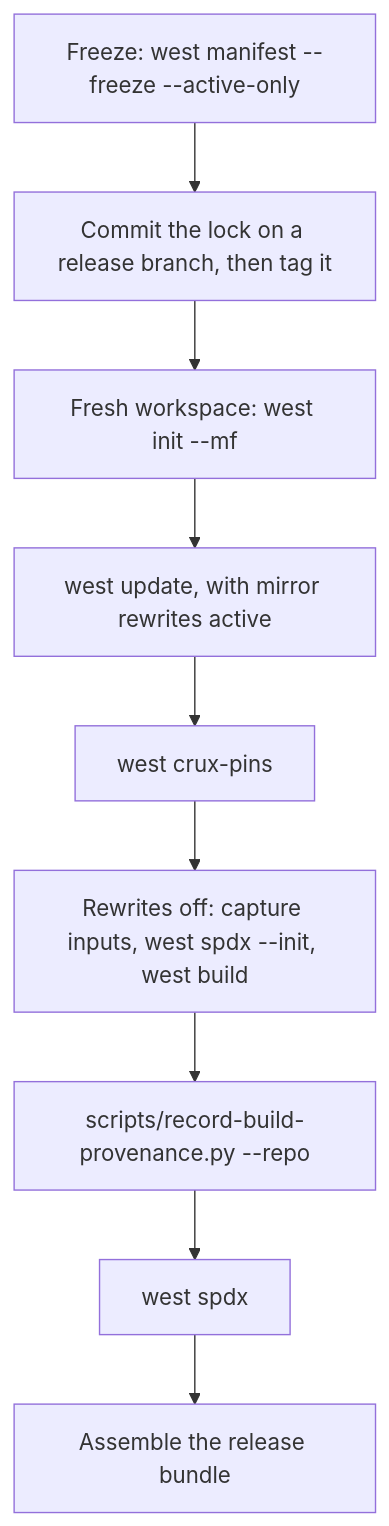
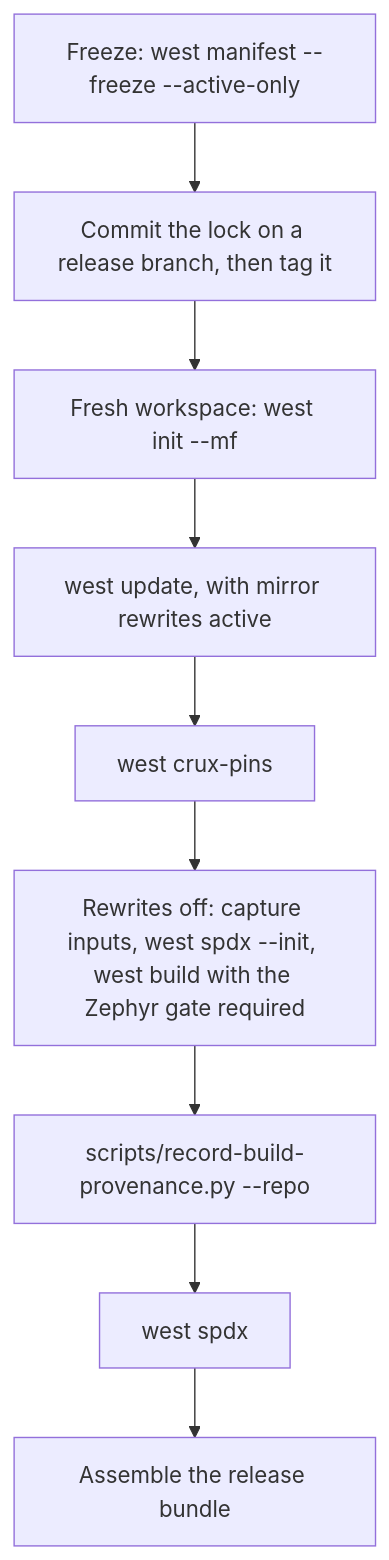
One commit to wonny-labs/crux-pilot changed the third of 3 diagrams in docs/product-composition.md. Above: the diagram before and after it, drawn with Mermaid. The commit also changed other lines of this file and 1 other file, not shown here.

First line of the commit message:
docs: fix the release flow of the product composition guide

````diff
--- a/docs/product-composition.md
+++ b/docs/product-composition.md
@@ -183,11 +183,11 @@
 ```mermaid
 flowchart TD
     A["Freeze: west manifest --freeze --active-only"] --> B["Commit the lock on a release branch, then tag it"]
     B --> C["Fresh workspace: west init --mf"]
     C --> D["west update, with mirror rewrites active"]
     D --> E["west crux-pins"]
-    E --> F["Rewrites off: capture inputs, west spdx --init, west build"]
+    E --> F["Rewrites off: capture inputs, west spdx --init, west build with the Zephyr gate required"]
     F --> G["scripts/record-build-provenance.py --repo"]
     G --> H["west spdx"]
     H --> I["Assemble the release bundle"]
 ```
````
